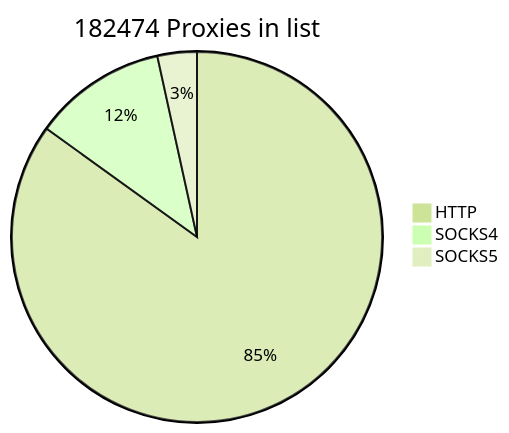
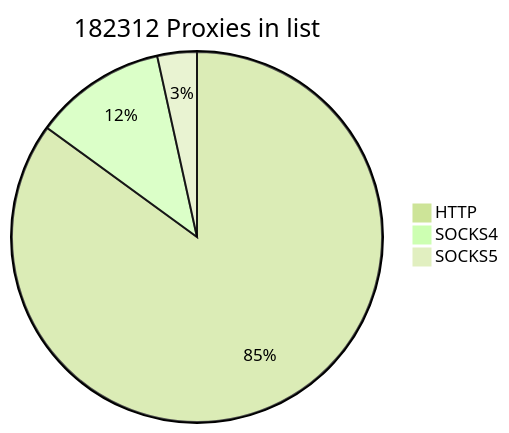
One commit to cutipu/proxylist changed the first of 2 diagrams in README.md. Above: the diagram before and after it, drawn with Mermaid (forest theme). The commit also changed other lines of this file, not shown here.

````diff
--- a/README.md
+++ b/README.md
@@ -2,7 +2,7 @@
 ```mermaid
-pie title 182474 Proxies in list
+pie title 182312 Proxies in list
     "HTTP" : 154990
-    "SOCKS4" : 21205
-    "SOCKS5" : 6279
+    "SOCKS4" : 21034
+    "SOCKS5" : 6288
             
 ```
````
